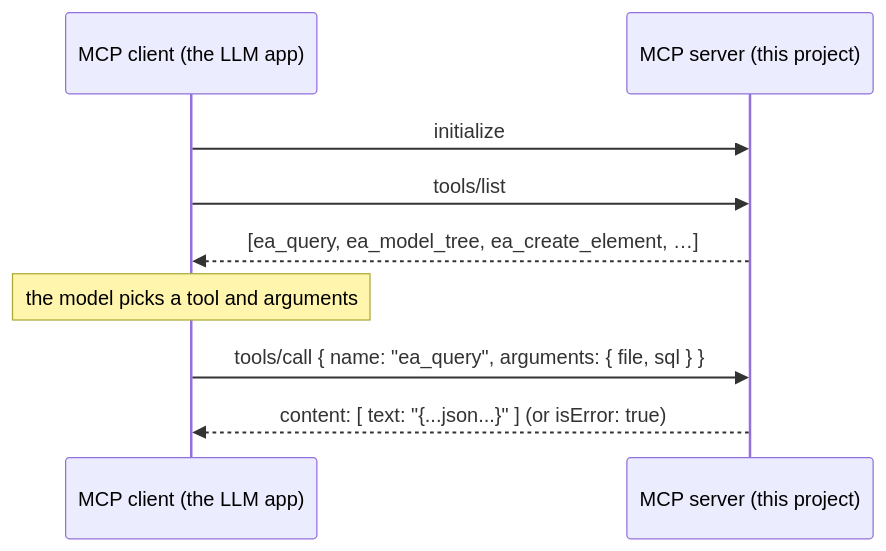
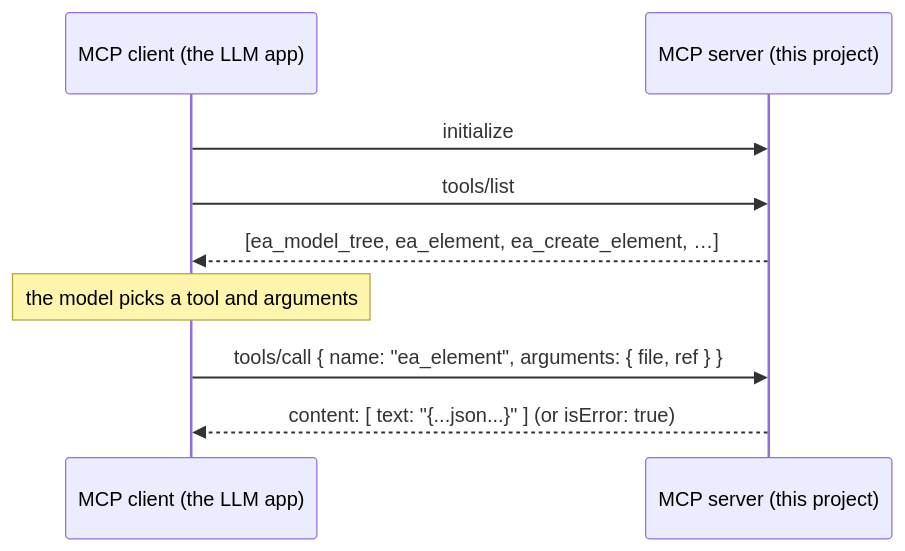
The diagram in docs/glossary/model-context-protocol.md (InsonusK/mcp-server-sparx-ea), drawn with Mermaid before and after one commit. The commit also changed other lines of this file and 51 other files, not shown here.

````diff
--- a/docs/glossary/model-context-protocol.md
+++ b/docs/glossary/model-context-protocol.md
@@ -16,11 +16,11 @@
 ```mermaid
 sequenceDiagram
   participant C as MCP client (the LLM app)
   participant S as MCP server (this project)
   C->>S: initialize
   C->>S: tools/list
-  S-->>C: [ea_query, ea_model_tree, ea_create_element, …]
+  S-->>C: [ea_model_tree, ea_element, ea_create_element, …]
   Note over C: the model picks a tool and arguments
-  C->>S: tools/call { name: "ea_query", arguments: { file, sql } }
+  C->>S: tools/call { name: "ea_element", arguments: { file, ref } }
   S-->>C: content: [ text: "{...json...}" ]  (or isError: true)
 ```
````
